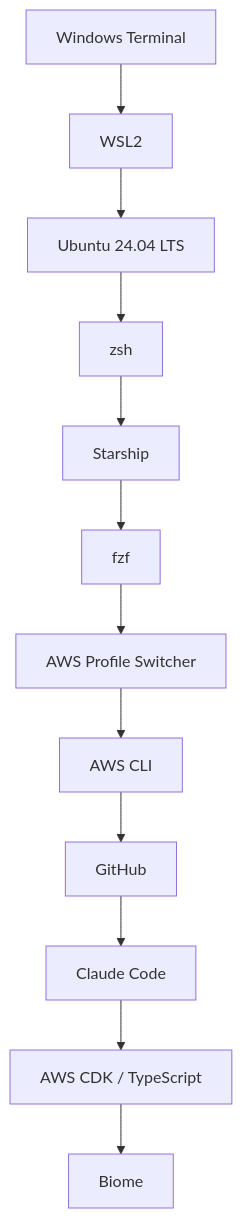
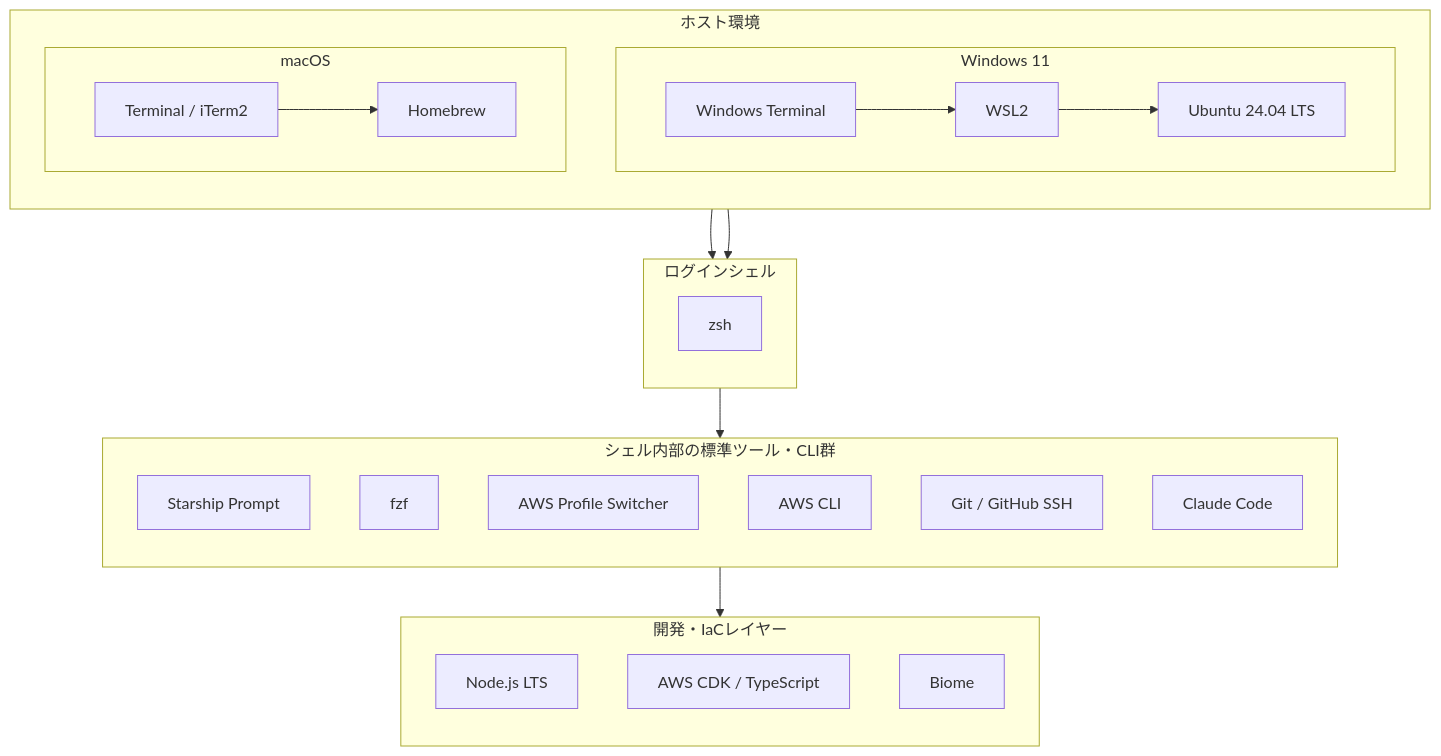
One commit to SenritsuSRE/sre-workstation-setup changed the second of 2 diagrams in README.md. Above: the diagram before and after it, drawn with Mermaid. The commit also changed other lines of this file, not shown here.

Commit message:
doc :readme-update-20260921

````diff
--- a/README.md
+++ b/README.md
@@ -83,14 +80,40 @@
 ```mermaid
 flowchart TD
-    A[Windows Terminal] --> B[WSL2]
-    B --> C[Ubuntu 24.04 LTS]
-    C --> D[zsh]
-    D --> E[Starship]
-    E --> F[fzf]
-    F --> G[AWS Profile Switcher]
-    G --> H[AWS CLI]
-    H --> I[GitHub]
-    I --> J[Claude Code]
-    J --> K[AWS CDK / TypeScript]
-    K --> L[Biome]
+    subgraph Host [ホスト環境]
+        direction TB
+        subgraph Win [Windows 11]
+            WT[Windows Terminal] --> WSL[WSL2]
+            WSL --> U24[Ubuntu 24.04 LTS]
+        end
+        subgraph Mac [macOS]
+            Terminal[Terminal / iTerm2] --> HB[Homebrew]
+        end
+    end
+
+    subgraph Shell [ログインシェル]
+        direction TB
+        Zsh[zsh]
+    end
+
+    subgraph Tools [シェル内部の標準ツール・CLI群]
+        direction TB
+        Starship[Starship Prompt]
+        Fzf[fzf]
+        ASP[AWS Profile Switcher]
+        AWSCLI[AWS CLI]
+        Git[Git / GitHub SSH]
+        Claude[Claude Code]
+    end
+
+    subgraph Dev [開発・IaCレイヤー]
+        direction TB
+        Node[Node.js LTS]
+        CDK[AWS CDK / TypeScript]
+        Biome[Biome]
+    end
+
+    Win --> Zsh
+    Mac --> Zsh
+    Zsh --> Tools
+    Tools --> Dev
 ```
````
